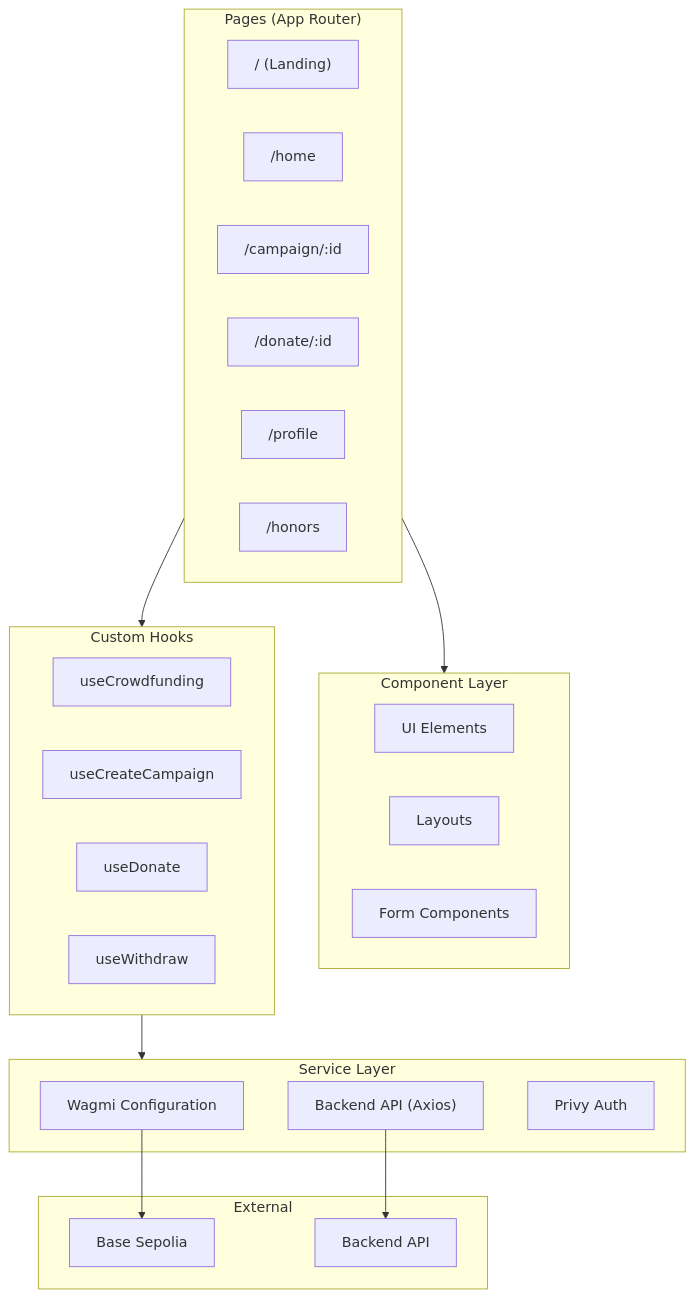
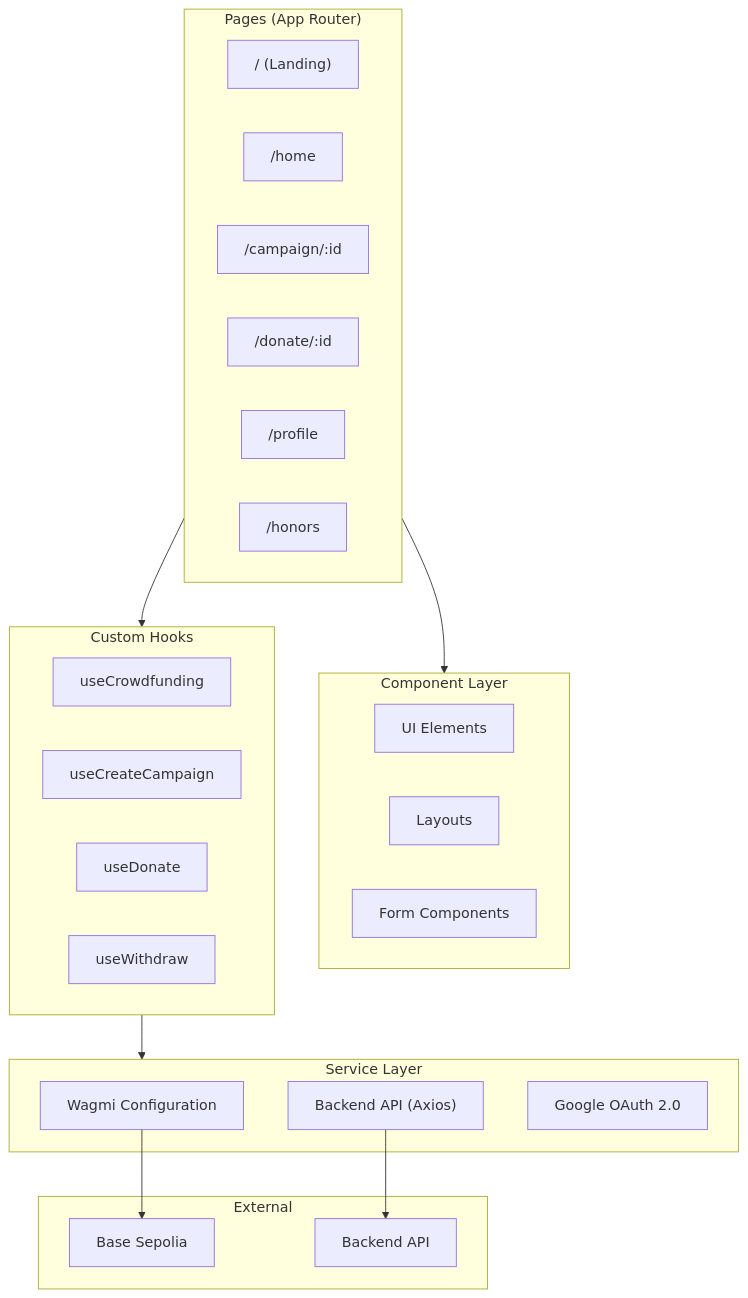
One commit to CrowdFUNding-Base/SC changed the first of 3 diagrams in pitching/how-to-run/frontend-guide.md. Above: the diagram before and after it, drawn with Mermaid. The commit also changed other lines of this file and 10 other files, not shown here.

````diff
--- a/pitching/how-to-run/frontend-guide.md
+++ b/pitching/how-to-run/frontend-guide.md
@@ -20,41 +22,41 @@
 ```mermaid
 flowchart TB
     subgraph Pages["Pages (App Router)"]
         Landing["/ (Landing)"]
         Home["/home"]
         Campaign["/campaign/:id"]
         Donate["/donate/:id"]
         Profile["/profile"]
         Honors["/honors"]
     end
 
     subgraph Components["Component Layer"]
         UI["UI Elements"]
         Layout["Layouts"]
         Forms["Form Components"]
     end
 
     subgraph Hooks["Custom Hooks"]
         useCrowdfunding["useCrowdfunding"]
         useCreateCampaign["useCreateCampaign"]
         useDonate["useDonate"]
         useWithdraw["useWithdraw"]
     end
 
     subgraph Services["Service Layer"]
         WagmiConfig["Wagmi Configuration"]
         APIClient["Backend API (Axios)"]
-        PrivyAuth["Privy Auth"]
+        GoogleAuth["Google OAuth 2.0"]
     end
 
     subgraph External["External"]
         Blockchain["Base Sepolia"]
         Backend["Backend API"]
     end
 
     Pages --> Components
     Pages --> Hooks
     Hooks --> Services
     WagmiConfig --> Blockchain
     APIClient --> Backend
 ```
````
